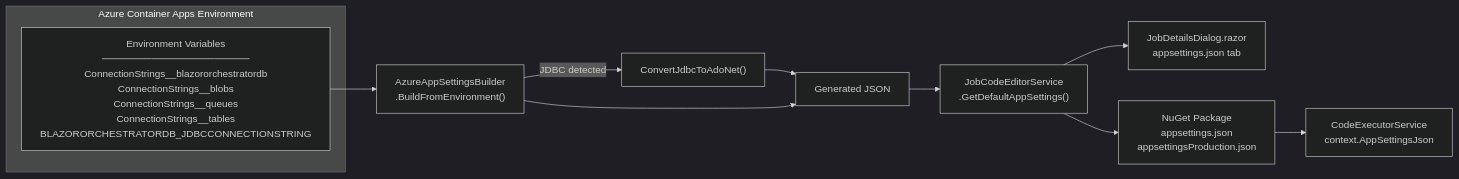
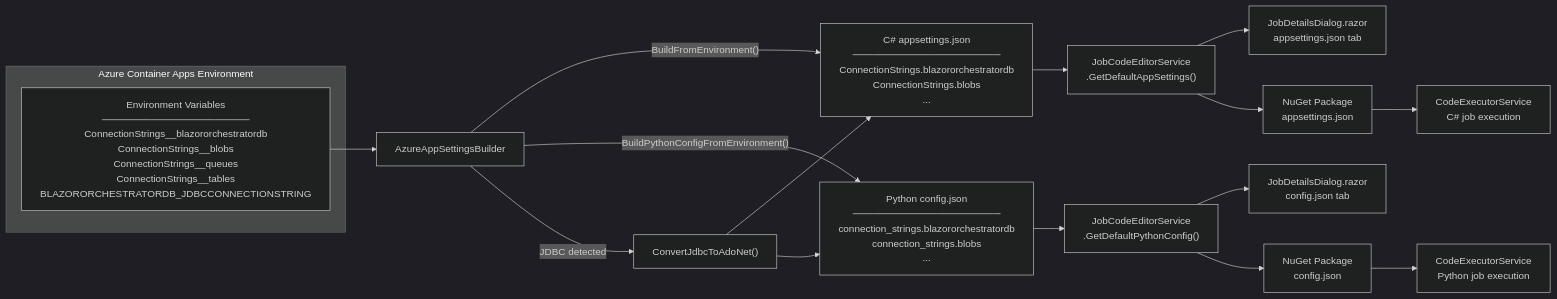
The fifth of 9 diagrams in docs/AzureContainerAppsRuntimeFixesPlan.md (Blazor-Data-Orchestrator/BlazorDataOrchestrator), drawn with Mermaid (dark theme) before and after one commit. The commit also changed other lines of this file, not shown here.

First line of the commit message:
Expand Azure config plan to support Python jobs

````diff
--- a/docs/AzureContainerAppsRuntimeFixesPlan.md
+++ b/docs/AzureContainerAppsRuntimeFixesPlan.md
@@ -621,15 +734,28 @@
 ```mermaid
 flowchart LR
     subgraph ACA["Azure Container Apps Environment"]
         ENV["Environment Variables<br/>─────────────────────<br/>ConnectionStrings__blazororchestratordb<br/>ConnectionStrings__blobs<br/>ConnectionStrings__queues<br/>ConnectionStrings__tables<br/>BLAZORORCHESTRATORDB_JDBCCONNECTIONSTRING"]
     end
 
-    ENV --> BUILDER["AzureAppSettingsBuilder<br/>.BuildFromEnvironment()"]
+    ENV --> BUILDER["AzureAppSettingsBuilder"]
+
+    BUILDER --> |"BuildFromEnvironment()"| CSHARP_JSON["C# appsettings.json<br/>─────────────────────<br/>ConnectionStrings.blazororchestratordb<br/>ConnectionStrings.blobs<br/>..."]
+
+    BUILDER --> |"BuildPythonConfigFromEnvironment()"| PYTHON_JSON["Python config.json<br/>─────────────────────<br/>connection_strings.blazororchestratordb<br/>connection_strings.blobs<br/>..."]
+
     BUILDER --> |"JDBC detected"| CONVERT["ConvertJdbcToAdoNet()"]
-    CONVERT --> JSON
-    BUILDER --> JSON["Generated JSON"]
-    JSON --> EDITOR["JobCodeEditorService<br/>.GetDefaultAppSettings()"]
-    EDITOR --> DIALOG["JobDetailsDialog.razor<br/>appsettings.json tab"]
-    EDITOR --> PKG["NuGet Package<br/>appsettings.json<br/>appsettingsProduction.json"]
-    PKG --> EXEC["CodeExecutorService<br/>context.AppSettingsJson"]
+    CONVERT --> CSHARP_JSON
+    CONVERT --> PYTHON_JSON
+
+    CSHARP_JSON --> EDITOR_CS["JobCodeEditorService<br/>.GetDefaultAppSettings()"]
+    PYTHON_JSON --> EDITOR_PY["JobCodeEditorService<br/>.GetDefaultPythonConfig()"]
+
+    EDITOR_CS --> DIALOG["JobDetailsDialog.razor<br/>appsettings.json tab"]
+    EDITOR_PY --> DIALOG_PY["JobDetailsDialog.razor<br/>config.json tab"]
+
+    EDITOR_CS --> PKG_CS["NuGet Package<br/>appsettings.json"]
+    EDITOR_PY --> PKG_PY["NuGet Package<br/>config.json"]
+
+    PKG_CS --> EXEC_CS["CodeExecutorService<br/>C# job execution"]
+    PKG_PY --> EXEC_PY["CodeExecutorService<br/>Python job execution"]
 ```
````
